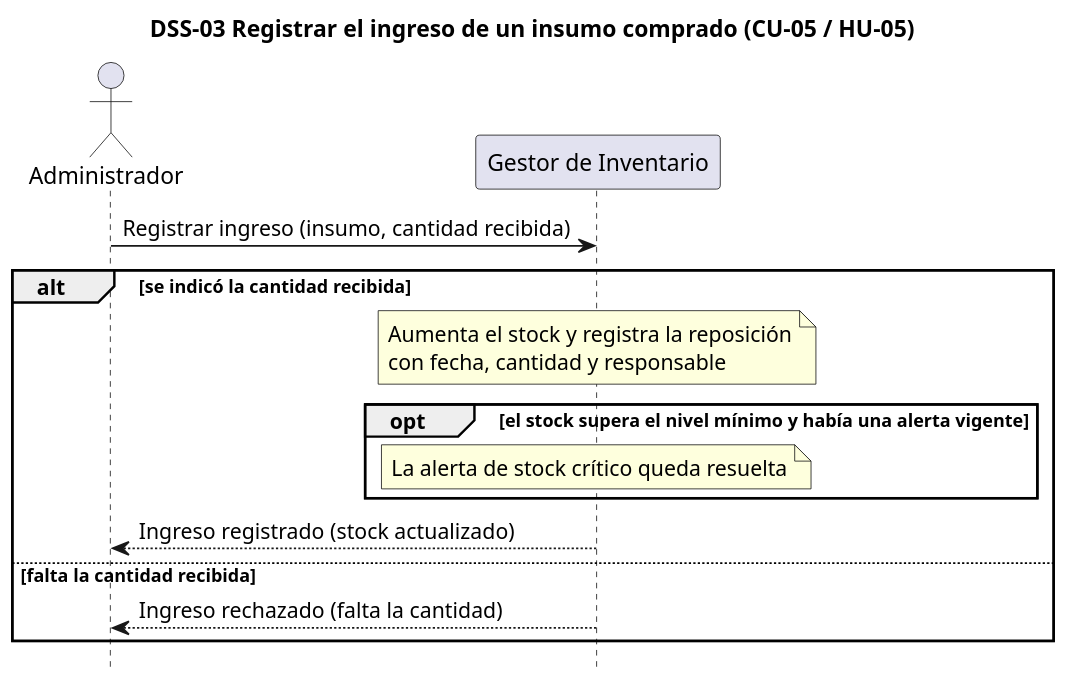
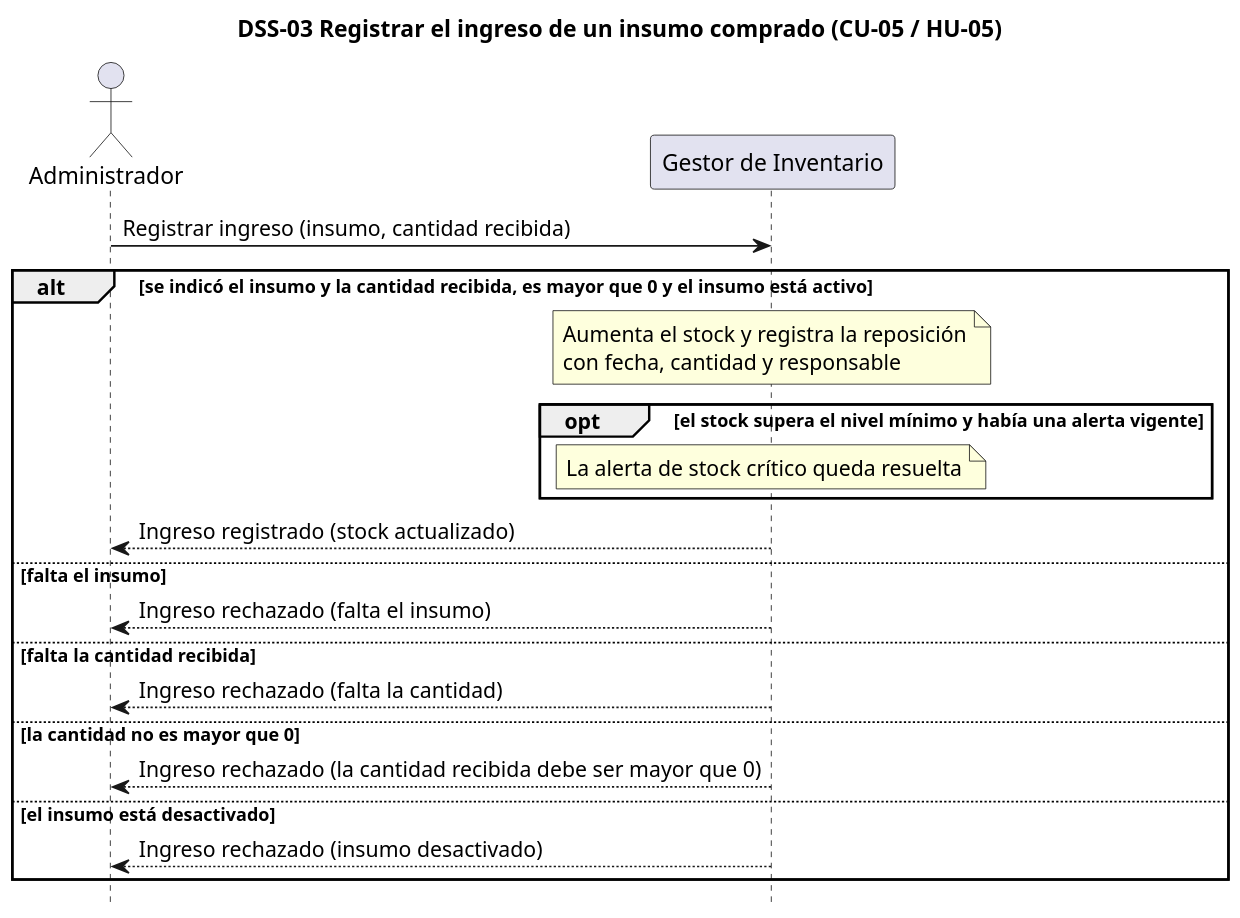
One commit to lambtto/Gestor-Inventario-Brookie changed the diagram in diagramas/dss-03.puml. Above: the diagram before and after it, drawn with PlantUML. The commit also changed 15 other files, not shown here.

```diff
--- a/diagramas/dss-03.puml
+++ b/diagramas/dss-03.puml
@@ -1,18 +1,24 @@
 @startuml dss-03
 title DSS-03 Registrar el ingreso de un insumo comprado (CU-05 / HU-05)
 skinparam dpi 140
 hide footbox
 actor Administrador as Adm
 participant "Gestor de Inventario" as G
 
 Adm -> G : Registrar ingreso (insumo, cantidad recibida)
-alt se indicó la cantidad recibida
+alt se indicó el insumo y la cantidad recibida, es mayor que 0 y el insumo está activo
   note over G : Aumenta el stock y registra la reposición\ncon fecha, cantidad y responsable
   opt el stock supera el nivel mínimo y había una alerta vigente
     note over G : La alerta de stock crítico queda resuelta
   end
   G --> Adm : Ingreso registrado (stock actualizado)
+else falta el insumo
+  G --> Adm : Ingreso rechazado (falta el insumo)
 else falta la cantidad recibida
   G --> Adm : Ingreso rechazado (falta la cantidad)
+else la cantidad no es mayor que 0
+  G --> Adm : Ingreso rechazado (la cantidad recibida debe ser mayor que 0)
+else el insumo está desactivado
+  G --> Adm : Ingreso rechazado (insumo desactivado)
 end
 @enduml
```
